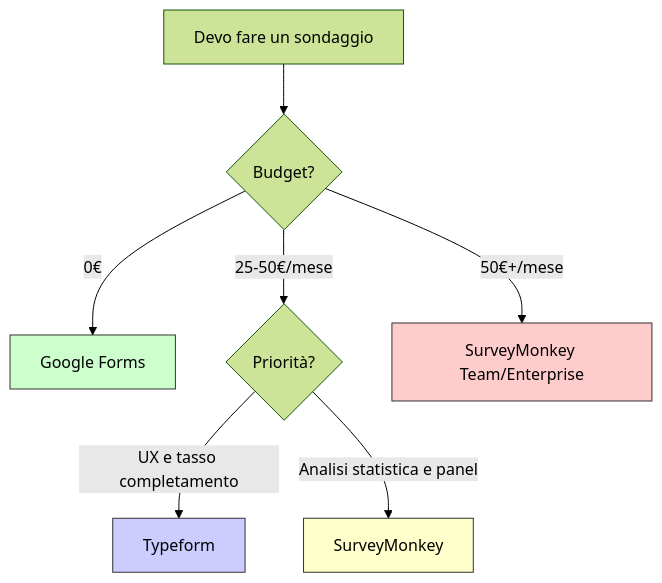
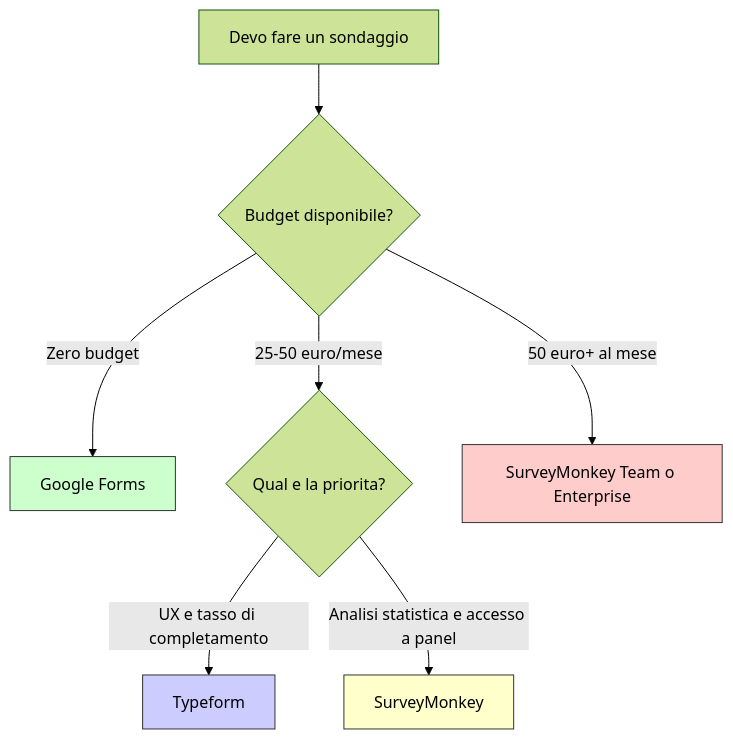
One commit to AndreyBertasini/gynnitech changed the diagram in src/content/blog/sondaggi-online.mdx. Above: the diagram before and after it, drawn with Mermaid (forest theme). The commit also changed other lines of this file and 27 other files, not shown here.

````diff
--- a/src/content/blog/sondaggi-online.mdx
+++ b/src/content/blog/sondaggi-online.mdx
@@ -133,14 +163,14 @@
 ```mermaid
 graph TD
-    A["Devo fare un sondaggio"] --> B{"Budget?"}
-    B -- "0€" --> C["Google Forms"]
-    B -- "25-50€/mese" --> D{"Priorità?"}
-    B -- "50€+/mese" --> E["SurveyMonkey Team/Enterprise"]
-    D -- "UX e tasso completamento" --> F["Typeform"]
-    D -- "Analisi statistica e panel" --> G["SurveyMonkey"]
-    
+    A["Devo fare un sondaggio"] --> B{"Budget disponibile?"}
+    B -- "Zero budget" --> C["Google Forms"]
+    B -- "25-50 euro/mese" --> D{"Qual e la priorita?"}
+    B -- "50 euro+ al mese" --> E["SurveyMonkey Team o Enterprise"]
+    D -- "UX e tasso di completamento" --> F["Typeform"]
+    D -- "Analisi statistica e accesso a panel" --> G["SurveyMonkey"]
+
     style C fill:#ccffcc,stroke:#333
     style F fill:#ccccff,stroke:#333
     style G fill:#ffffcc,stroke:#333
     style E fill:#ffcccc,stroke:#333
 ```
````
